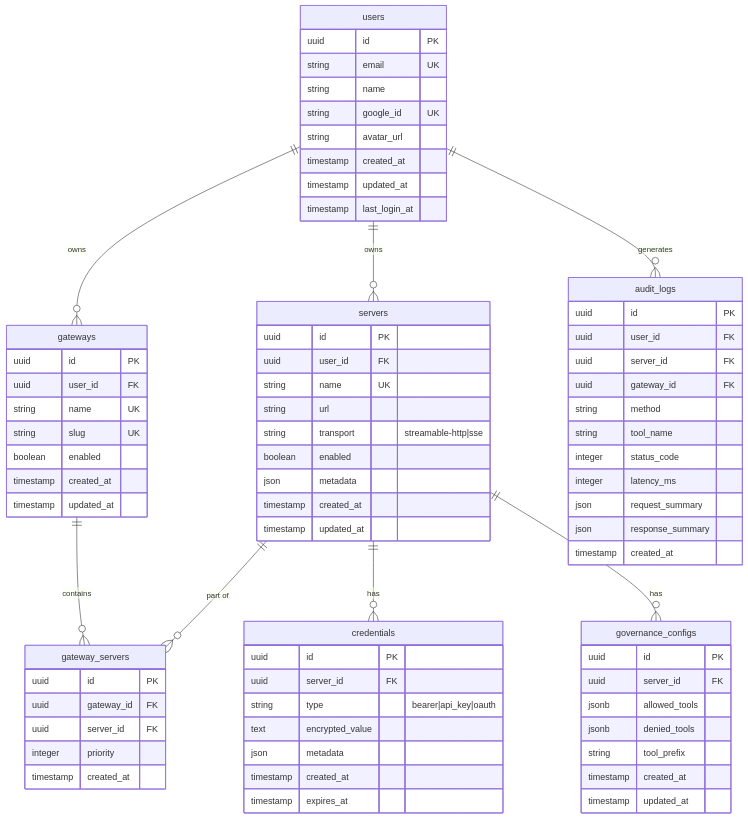
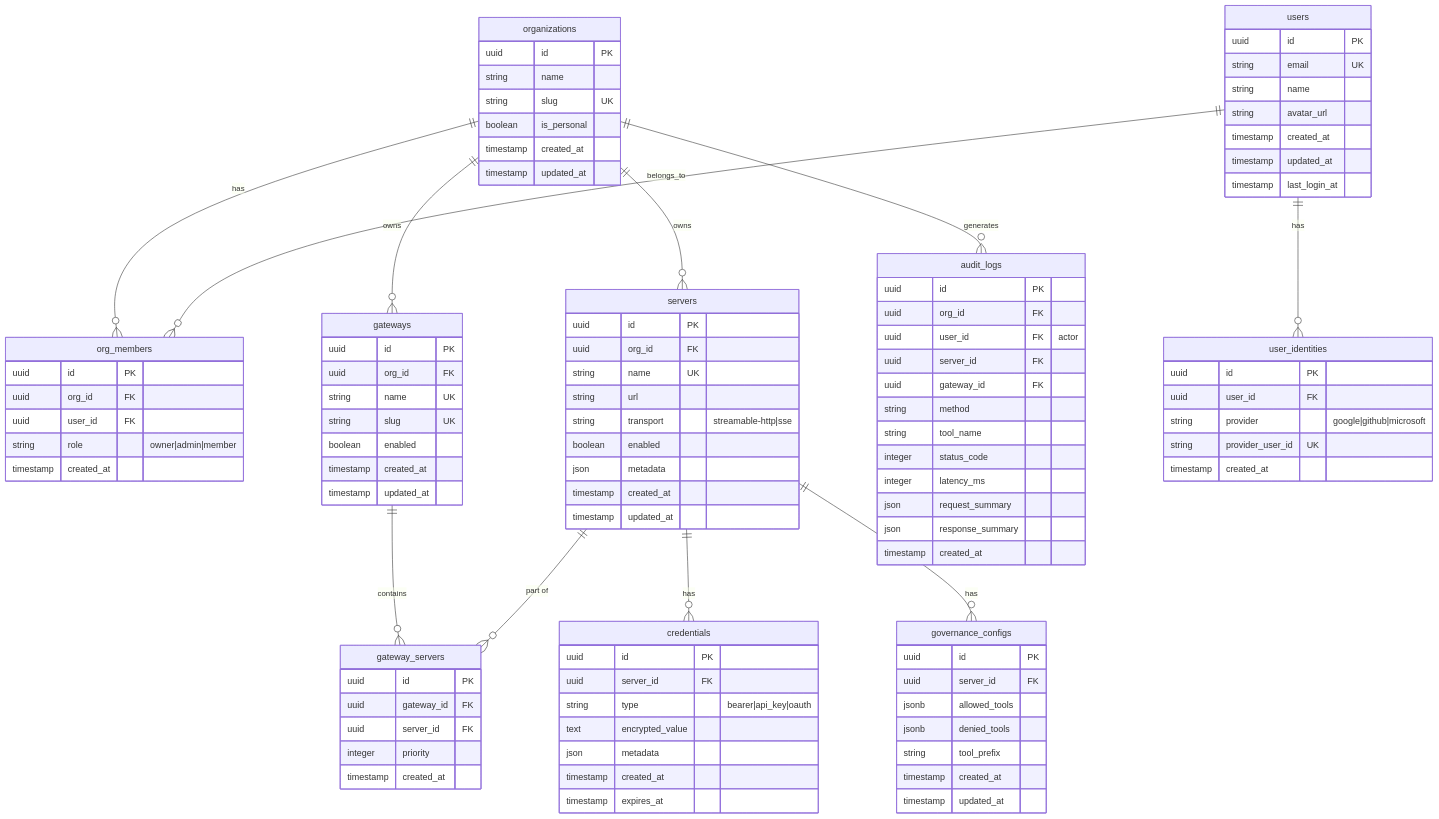
The seventh of 19 diagrams in docs/SPEC.md (thiagomendes/mcpx), drawn with Mermaid before and after one commit. The commit also changed other lines of this file, not shown here.

First line of the commit message:
docs: update SPEC.md for org model (v2.0)

````diff
--- a/docs/SPEC.md
+++ b/docs/SPEC.md
@@ -312,27 +312,54 @@
 ```mermaid
 erDiagram
-    users ||--o{ servers : owns
-    users ||--o{ gateways : owns
-    users ||--o{ audit_logs : generates
+    organizations ||--o{ org_members : has
+    organizations ||--o{ servers : owns
+    organizations ||--o{ gateways : owns
+    organizations ||--o{ audit_logs : generates
+    users ||--o{ org_members : belongs_to
+    users ||--o{ user_identities : has
     gateways ||--o{ gateway_servers : contains
     servers ||--o{ gateway_servers : "part of"
     servers ||--o{ credentials : has
     servers ||--o{ governance_configs : has
 
+    organizations {
+        uuid id PK
+        string name
+        string slug UK
+        boolean is_personal
+        timestamp created_at
+        timestamp updated_at
+    }
+
+    org_members {
+        uuid id PK
+        uuid org_id FK
+        uuid user_id FK
+        string role "owner|admin|member"
+        timestamp created_at
+    }
+
     users {
         uuid id PK
         string email UK
         string name
-        string google_id UK
         string avatar_url
         timestamp created_at
         timestamp updated_at
         timestamp last_login_at
     }
 
+    user_identities {
+        uuid id PK
+        uuid user_id FK
+        string provider "google|github|microsoft"
+        string provider_user_id UK
+        timestamp created_at
+    }
+
     servers {
         uuid id PK
-        uuid user_id FK
+        uuid org_id FK
         string name UK
         string url
         string transport "streamable-http|sse"
@@ -364,7 +391,7 @@
 
     gateways {
         uuid id PK
-        uuid user_id FK
+        uuid org_id FK
         string name UK
         string slug UK
         boolean enabled
@@ -382,7 +409,8 @@
 
     audit_logs {
         uuid id PK
-        uuid user_id FK
+        uuid org_id FK
+        uuid user_id FK "actor"
         uuid server_id FK
         uuid gateway_id FK
         string method
````
